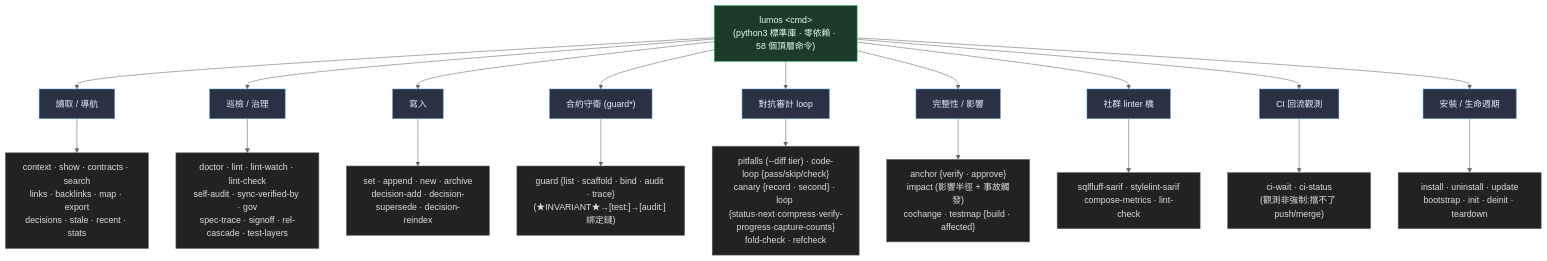
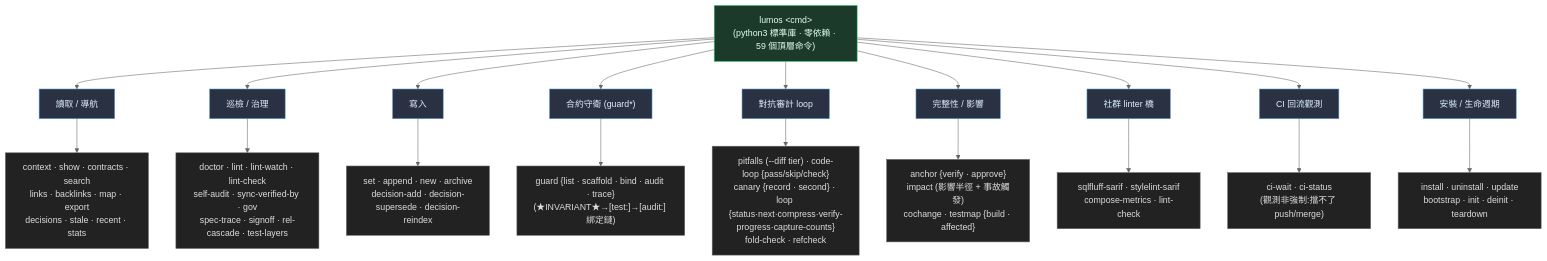
Before and after one commit to EnzoHsieh-Android/Lumos: the third of 4 diagrams in ARCHITECTURE.md, drawn with Mermaid (neutral theme). The commit also changed other lines of this file and 10 other files, not shown here.

````diff
--- a/ARCHITECTURE.md
+++ b/ARCHITECTURE.md
@@ -99,31 +99,31 @@
 ```mermaid
 flowchart TB
-    ROOT["lumos &lt;cmd&gt;<br/>(python3 標準庫 · 零依賴 · 58 個頂層命令)"]
+    ROOT["lumos &lt;cmd&gt;<br/>(python3 標準庫 · 零依賴 · 59 個頂層命令)"]
 
     ROOT --> READ["讀取 / 導航"]
     ROOT --> HEALTH["巡檢 / 治理"]
     ROOT --> WRITE["寫入"]
     ROOT --> GUARD["合約守衛 (guard*)"]
     ROOT --> LOOP["對抗審計 loop"]
     ROOT --> INTEG["完整性 / 影響"]
     ROOT --> SARIF["社群 linter 橋"]
     ROOT --> CI["CI 回流觀測"]
     ROOT --> LIFE["安裝 / 生命週期"]
 
     READ --> R["context · show · contracts · search<br/>links · backlinks · map · export<br/>decisions · stale · recent · stats"]
     HEALTH --> H["doctor · lint · lint-watch · lint-check<br/>self-audit · sync-verified-by · gov<br/>spec-trace · signoff · rel-cascade · test-layers"]
     CI --> C["ci-wait · ci-status<br/>(觀測非強制:擋不了 push/merge)"]
     WRITE --> W["set · append · new · archive<br/>decision-add · decision-supersede · decision-reindex"]
     GUARD --> G["guard {list · scaffold · bind · audit · trace}<br/>(★INVARIANT★→[test:]→[audit:] 綁定鏈)"]
     LOOP --> LP["pitfalls (--diff tier) · code-loop {pass/skip/check}<br/>canary {record · second} · loop {status·next·compress·verify-progress·capture-counts}<br/>fold-check · refcheck"]
     INTEG --> I["anchor {verify · approve}<br/>impact (影響半徑 + 事故觸發)<br/>cochange · testmap {build · affected}"]
     SARIF --> ST["sqlfluff-sarif · stylelint-sarif<br/>compose-metrics · lint-check"]
     LIFE --> L["install · uninstall · update<br/>bootstrap · init · deinit · teardown"]
 
     classDef root fill:#1b3a2a,stroke:#3ddc84,color:#e8fff0
     classDef cat fill:#2a3142,stroke:#5a9bd6,color:#e0f0ff
     classDef leaf fill:#222,stroke:#666,color:#ddd
     class ROOT root
     class READ,HEALTH,WRITE,GUARD,LOOP,INTEG,SARIF,CI,LIFE cat
     class R,H,W,G,LP,I,ST,C,L leaf
 ```
````
